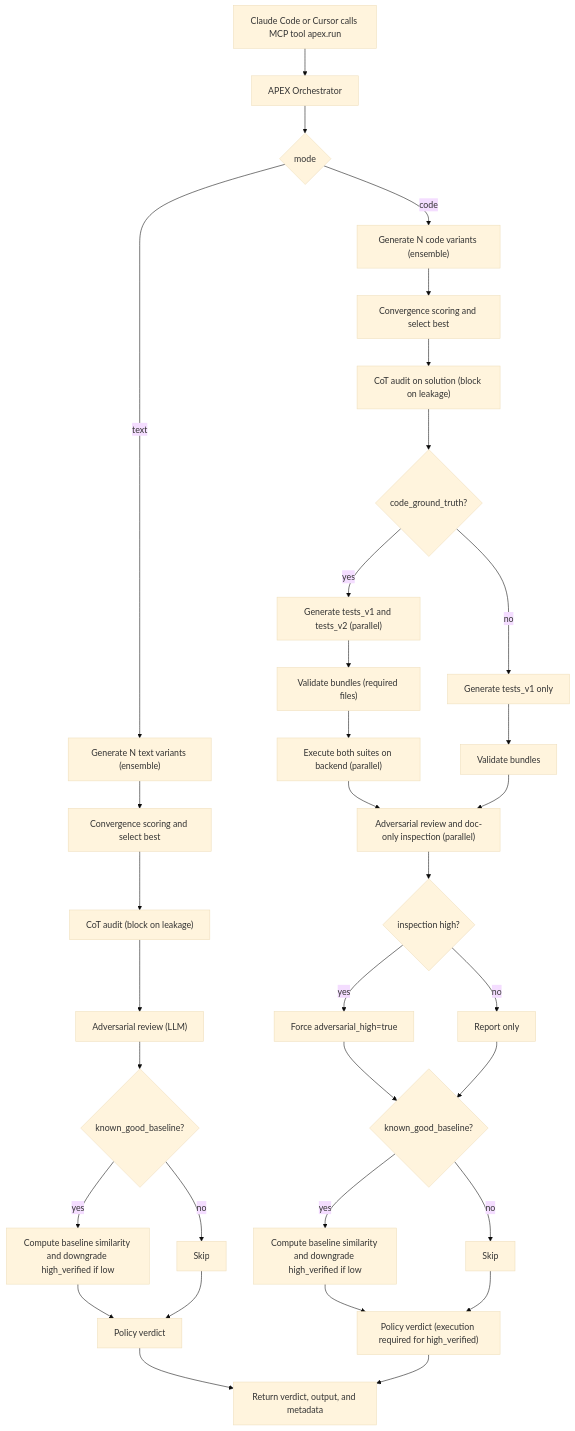
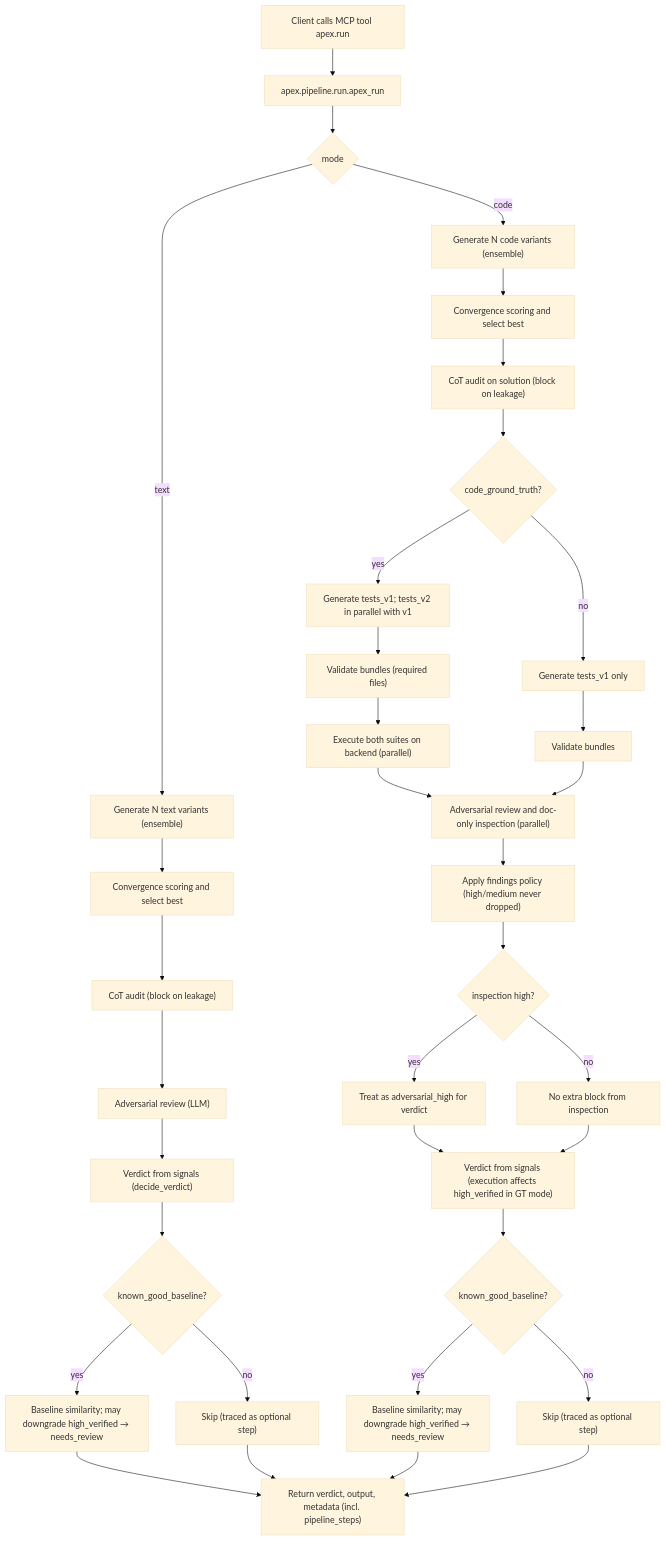
The diagram in docs/flow.md (Alphabetsoup16/apex), drawn with Mermaid (base theme) before and after one commit. The commit also changed other lines of this file and 21 other files, not shown here.

````diff
--- a/docs/flow.md
+++ b/docs/flow.md
@@ -3,39 +5,39 @@
 ```mermaid
 flowchart TD
-  A["Claude Code or Cursor calls MCP tool apex.run"] --> B["APEX Orchestrator"]
+  A["Client calls MCP tool apex.run"] --> B["apex.pipeline.run.apex_run"]
 
   B --> C{mode}
   C -->|text| T1["Generate N text variants (ensemble)"]
   T1 --> T2["Convergence scoring and select best"]
   T2 --> T3["CoT audit (block on leakage)"]
   T3 --> T4["Adversarial review (LLM)"]
-  T4 --> T5{known_good_baseline?}
-  T5 -->|yes| T6["Compute baseline similarity and downgrade high_verified if low"]
-  T5 -->|no| T7["Skip"]
-  T6 --> T8["Policy verdict"]
-  T7 --> T8
-  T8 --> OUT["Return verdict, output, and metadata"]
+  T4 --> T8["Verdict from signals (decide_verdict)"]
+  T8 --> T5{known_good_baseline?}
+  T5 -->|yes| T6["Baseline similarity; may downgrade high_verified → needs_review"]
+  T5 -->|no| T7["Skip (traced as optional step)"]
+  T6 --> OUT["Return verdict, output, metadata (incl. pipeline_steps)"]
+  T7 --> OUT
 
   C -->|code| C1["Generate N code variants (ensemble)"]
   C1 --> C2["Convergence scoring and select best"]
   C2 --> C3["CoT audit on solution (block on leakage)"]
   C3 --> C4{code_ground_truth?}
-  C4 -->|yes| C5["Generate tests_v1 and tests_v2 (parallel)"]
+  C4 -->|yes| C5["Generate tests_v1; tests_v2 in parallel with v1"]
   C5 --> C6["Validate bundles (required files)"]
   C6 --> C7["Execute both suites on backend (parallel)"]
   C4 -->|no| C8["Generate tests_v1 only"]
   C8 --> C9["Validate bundles"]
-
   C7 --> C10["Adversarial review and doc-only inspection (parallel)"]
   C9 --> C10
-  C10 --> C11{inspection high?}
-  C11 -->|yes| C12["Force adversarial_high=true"]
-  C11 -->|no| C13["Report only"]
-  C12 --> C14{known_good_baseline?}
+  C10 --> C10b["Apply findings policy (high/medium never dropped)"]
+  C10b --> C11{inspection high?}
+  C11 -->|yes| C12["Treat as adversarial_high for verdict"]
+  C11 -->|no| C13["No extra block from inspection"]
+  C12 --> C14["Verdict from signals (execution affects high_verified in GT mode)"]
   C13 --> C14
-  C14 -->|yes| C15["Compute baseline similarity and downgrade high_verified if low"]
-  C14 -->|no| C16["Skip"]
-  C15 --> C17["Policy verdict (execution required for high_verified)"]
-  C16 --> C17
+  C14 --> C15{known_good_baseline?}
+  C15 -->|yes| C16["Baseline similarity; may downgrade high_verified → needs_review"]
+  C15 -->|no| C17["Skip (traced as optional step)"]
+  C16 --> OUT
   C17 --> OUT
 ```
````
